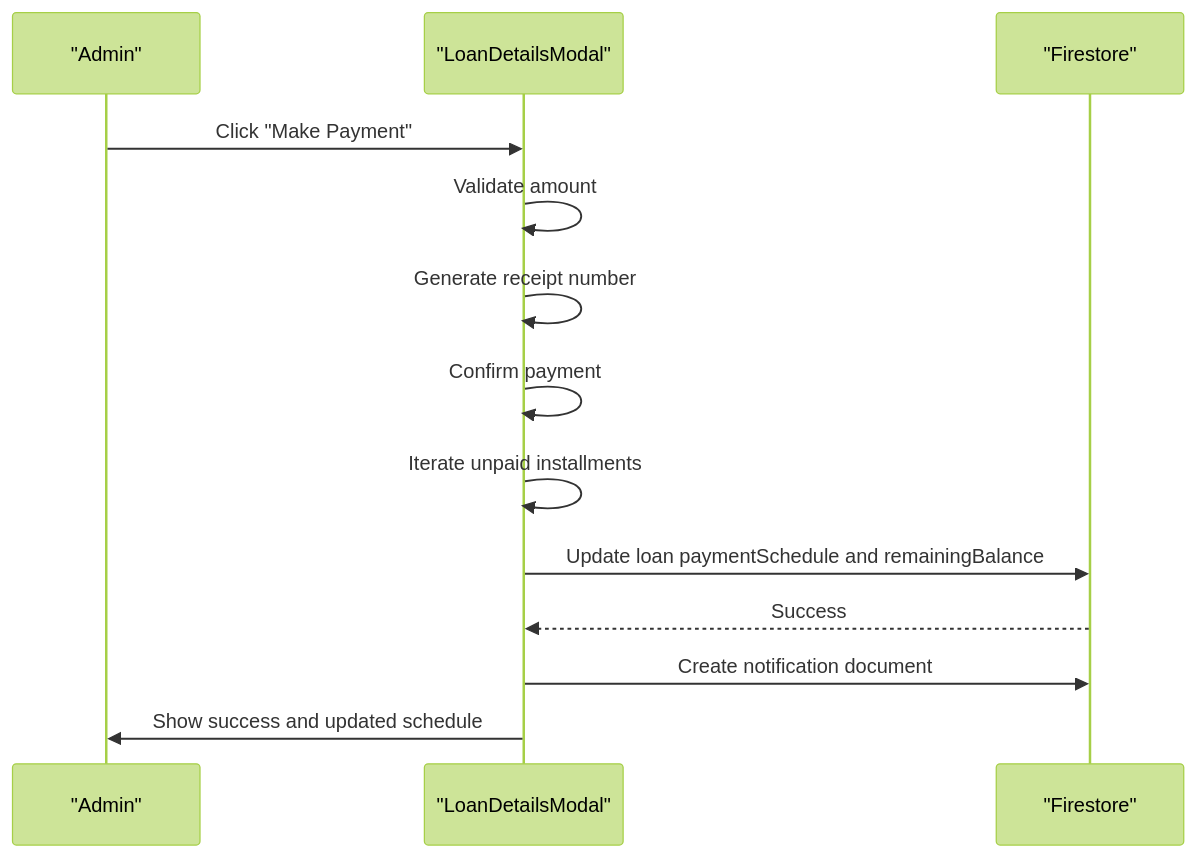
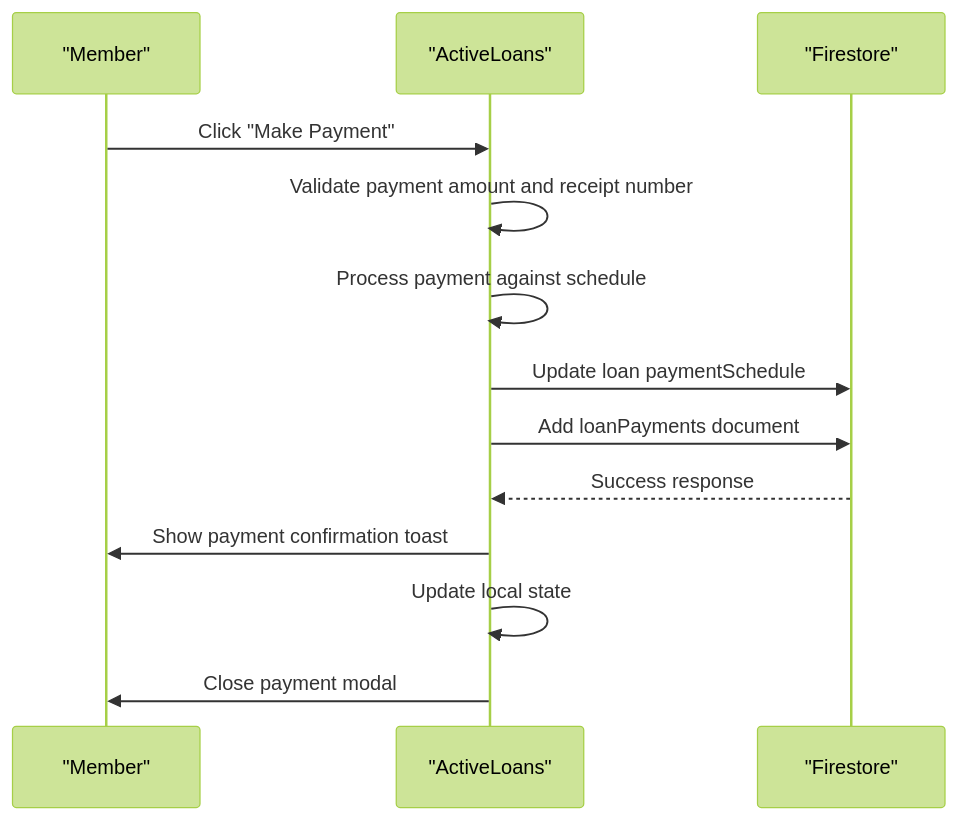
Before and after one commit to Unsure-bry/sampacoop_system: the fifth of 6 diagrams in .qoder/repowiki/en/content/Loan Management System/Loan Tracking and Monitoring.md, drawn with Mermaid (forest theme). The commit also changed other lines of this file and 6 other files, not shown here.

Commit message:
Amortization Table changes and Remaining Balance Sychronization

````diff
--- a/.qoder/repowiki/en/content/Loan Management System/Loan Tracking and Monitoring.md
+++ b/.qoder/repowiki/en/content/Loan Management System/Loan Tracking and Monitoring.md
@@ -212,15 +242,15 @@
 ```mermaid
 sequenceDiagram
-participant Admin as "Admin"
-participant Modal as "LoanDetailsModal"
+participant Member as "Member"
+participant Active as "ActiveLoans"
 participant Store as "Firestore"
-Admin->>Modal : Click "Make Payment"
-Modal->>Modal : Validate amount
-Modal->>Modal : Generate receipt number
-Modal->>Modal : Confirm payment
-Modal->>Modal : Iterate unpaid installments
-Modal->>Store : Update loan paymentSchedule and remainingBalance
-Store-->>Modal : Success
-Modal->>Store : Create notification document
-Modal->>Admin : Show success and updated schedule
+Member->>Active : Click "Make Payment"
+Active->>Active : Validate payment amount and receipt number
+Active->>Active : Process payment against schedule
+Active->>Store : Update loan paymentSchedule
+Active->>Store : Add loanPayments document
+Store-->>Active : Success response
+Active->>Member : Show payment confirmation toast
+Active->>Active : Update local state
+Active->>Member : Close payment modal
 ```
````
